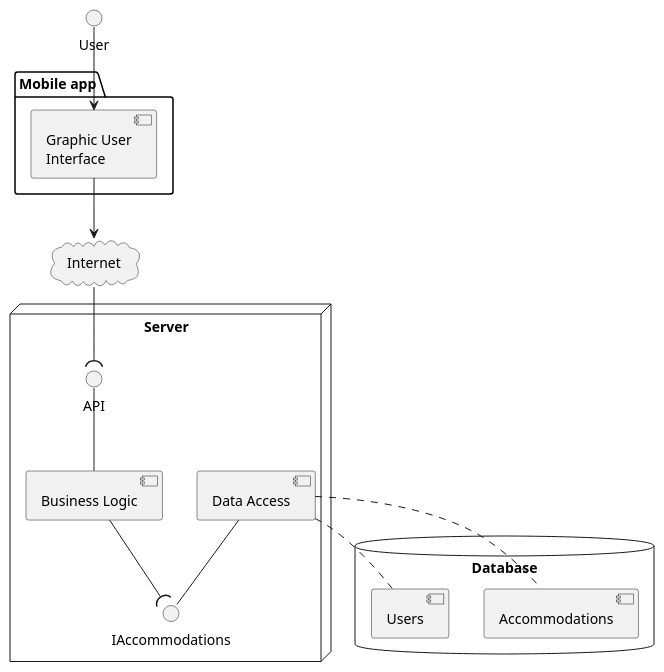
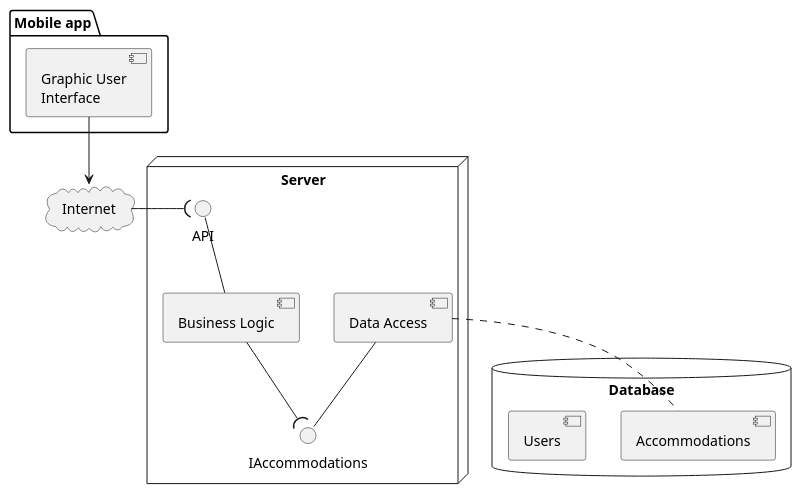
The diagram in diagrams/system-environment.pu (lecler-i/mani-home-specs), drawn with PlantUML before and after one commit. The commit also changed 3 other files, not shown here.

Commit message:
Edit system-env diagram + glossary

```diff
--- a/diagrams/system-environment.pu
+++ b/diagrams/system-environment.pu
@@ -1,34 +1,29 @@
 @startuml
 
 cloud Internet
 
 node "Server" {
   interface API
   [Business Logic]
   [Data Access] as DA  
   interface IAccommodations
 }
 
 package "Mobile app" {
   component [Graphic User\nInterface] as GUI
 }
 
 database "Database" {
   [Accommodations]
   [Users]
 }
 
 GUI -down-> Internet
-Internet -down-( API
+Internet -right-( API
 
 [Business Logic] -up- API
 DA -- IAccommodations
 [Business Logic] --( IAccommodations
 DA .. [Accommodations]
-DA .. [Users]
-
-User --> GUI
-
-
 
 @enduml
```
